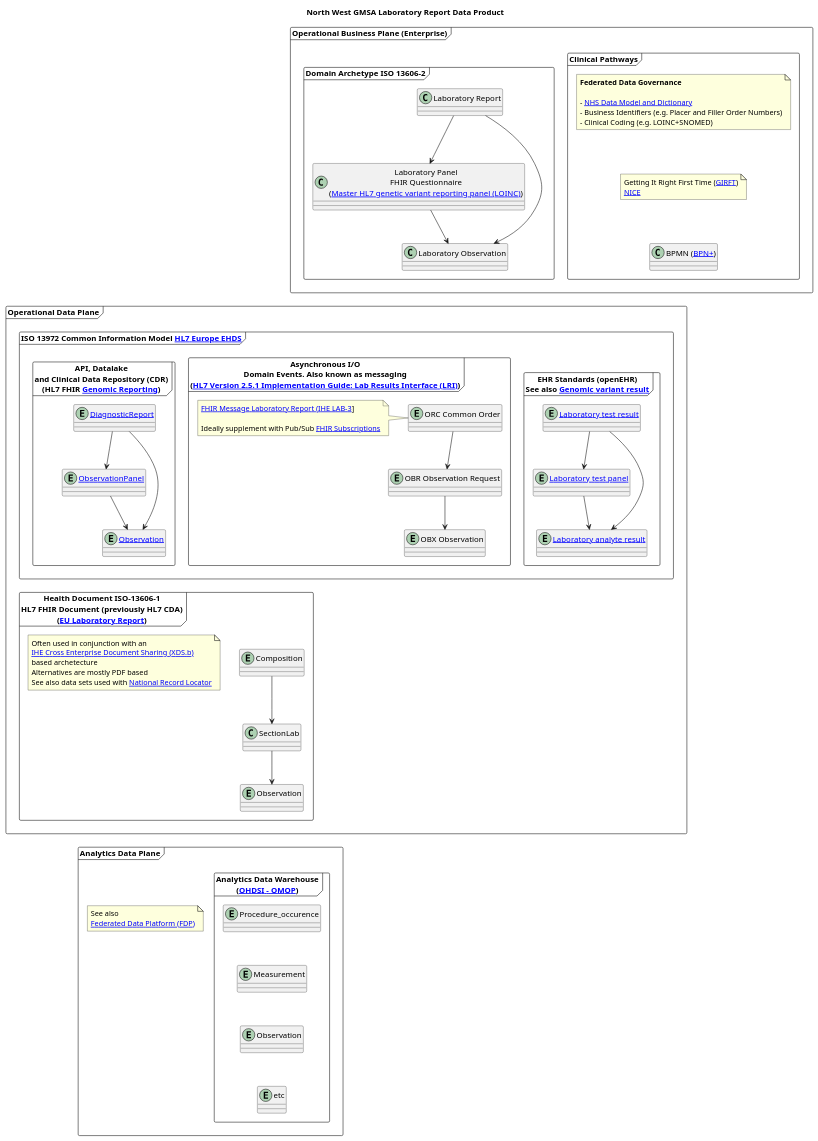
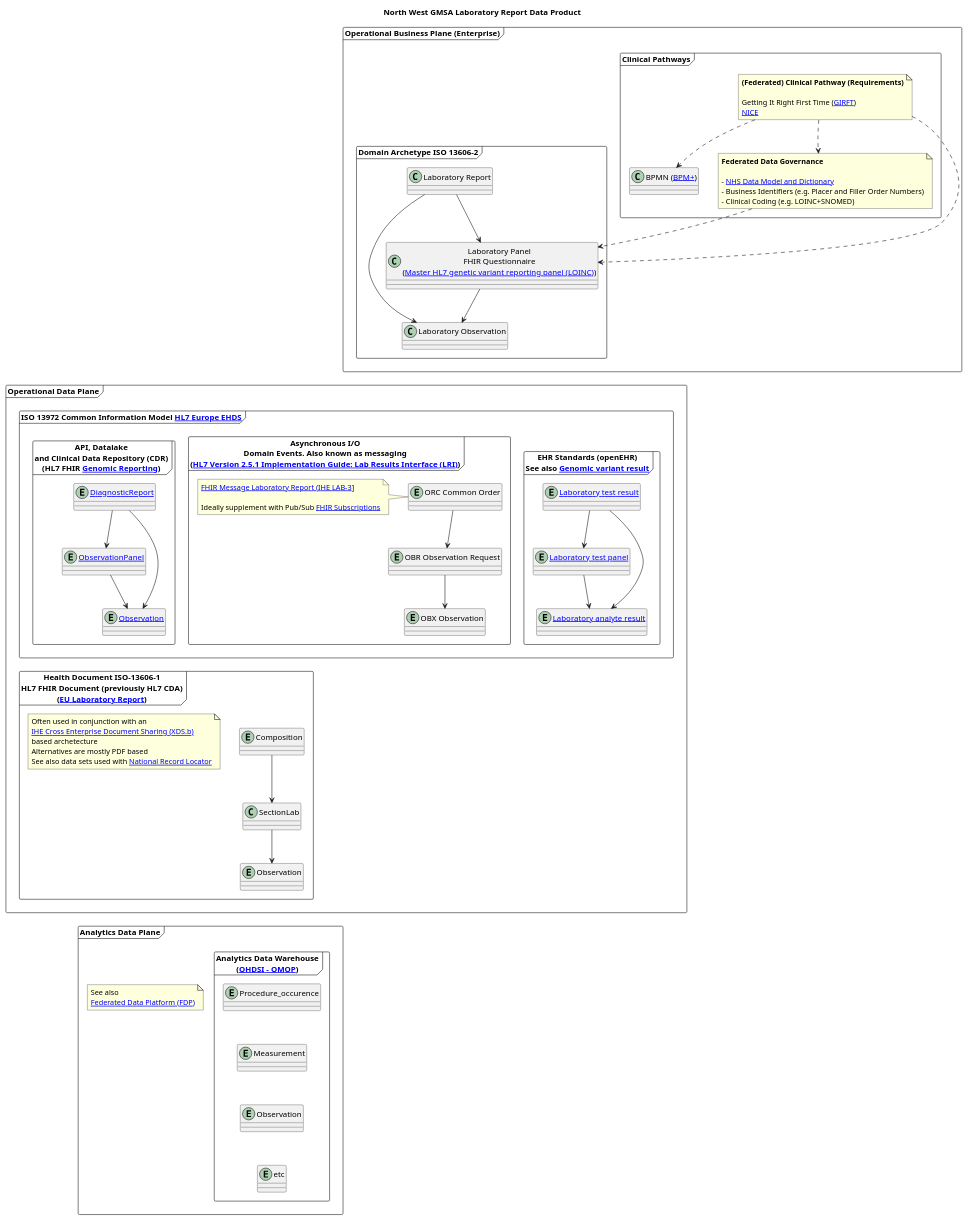
Before and after one commit to nw-gmsa/nw-gmsa.github.com: the diagram in input/images-source/LaboratoryReportDataProduct.plantuml, drawn with PlantUML.

Commit message:
LabReport Data Product

```diff
--- a/input/images-source/LaboratoryReportDataProduct.plantuml
+++ b/input/images-source/LaboratoryReportDataProduct.plantuml
@@ -1,104 +1,108 @@
 @startuml
 
 skinparam svgDimensionStyle false
 
 title "North West GMSA Laboratory Report Data Product"
 
 frame "Operational Business Plane (Enterprise)" {
 
   frame "Clinical Pathways" {
-    class "BPMN ([[https://www.bpm-plus.org/ BPN+]])" as BPMN
+    class "BPMN ([[https://www.bpm-plus.org/ BPM+]])" as BPMN
 
-    note "Getting It Right First Time ([[https://gettingitrightfirsttime.co.uk/ GIRFT]])\n[[https://www.nice.org.uk/ NICE]]" as GIRFT
+    note "**(Federated) Clinical Pathway (Requirements)**\n\nGetting It Right First Time ([[https://gettingitrightfirsttime.co.uk/ GIRFT]])\n[[https://www.nice.org.uk/ NICE]]" as GIRFT
 
     note "**Federated Data Governance**\n\n- [[https://www.datadictionary.nhs.uk/ NHS Data Model and Dictionary]]\n- Business Identifiers (e.g. Placer and Filler Order Numbers)\n- Clinical Coding (e.g. LOINC+SNOMED)" as Governance
 
-    BPMN -u[hidden]- GIRFT
+    GIRFT ..> BPMN
     Governance -d[hidden]- GIRFT
   }
   frame "Domain Archetype ISO 13606-2" as iso136062 {
 
     class "Laboratory Report" as LaboratoryReport {
     }
 
     class "Laboratory Panel\nFHIR Questionnaire\n([[https://nw-gmsa.github.io/R4/Questionnaire-81247-9.html Master HL7 genetic variant reporting panel (LOINC)]])" as LaboratoryPanel
 
     class "Laboratory Observation" as LaboratoryObservation
 
 
     LaboratoryReport --> LaboratoryPanel
     LaboratoryReport --> LaboratoryObservation
     LaboratoryPanel --> LaboratoryObservation
   }
+
+  Governance ..> LaboratoryPanel
+  GIRFT ..> LaboratoryPanel
+  GIRFT ..> Governance
 }
 frame "Operational Data Plane"  {
 frame "ISO 13972 Common Information Model [[https://hl7europe.org/standards/ehds/ HL7 Europe EHDS]]" as iso13972 {
 
   frame "EHR Standards (openEHR)\nSee also [[https://ckm.openehr.org/ckm/archetypes/1013.1.3759 Genomic variant result]]" as openEHR {
     entity "[[https://ckm.openehr.org/ckm/archetypes/1013.1.2191 Laboratory test result]]" as openEHRLaboratoryReport
     entity "[[https://ckm.openehr.org/ckm/archetypes/1013.1.2192 Laboratory test panel]]" as openEHRLaboratoryPanel
     entity "[[https://ckm.openehr.org/ckm/archetypes/1013.1.2881 Laboratory analyte result]]" as openEHRLaboratoryAnalyte
 
     openEHRLaboratoryReport --> openEHRLaboratoryPanel
     openEHRLaboratoryReport --> openEHRLaboratoryAnalyte
     openEHRLaboratoryPanel --> openEHRLaboratoryAnalyte
 
   }
 
   frame "Asynchronous I/O\nDomain Events. Also known as messaging\n([[https://confluence.hl7.org/download/attachments/25559919/2018%2004%2003%20-%20V2%20LRI%20-%20Ch.%205%20CG%20and%20Code%20System%20Tables.pdf?api=v2 HL7 Version 2.5.1 Implementation Guide: Lab Results Interface (LRI)]])" as HL7v2 {
     entity "ORC Common Order" as ORC
     entity "OBR Observation Request" as OBR
     entity "OBX Observation" as OBX
     note "[[LAB-3.html FHIR Message Laboratory Report (IHE LAB-3]]]\n\nIdeally supplement with Pub/Sub [[https://build.fhir.org/ig/HL7/fhir-subscription-backport-ig/index.html FHIR Subscriptions]]" as messaging
 
     messaging -r[hidden]- ORC
     ORC --> OBR
     OBR --> OBX
 
   }
 
   frame "API, Datalake\nand Clinical Data Repository (CDR)\n(HL7 FHIR [[https://build.fhir.org/ig/HL7/genomics-reporting/index.html Genomic Reporting]])" as FHR {
     entity "[[DiagnosticReport]]" as DiagnosticReport
     entity "[[StructureDefinition-Observation-Panel.html ObservationPanel]]" as ObservationPanel
     entity "[[Observation]]" as Observation
 
     DiagnosticReport --> ObservationPanel
     DiagnosticReport --> Observation
     ObservationPanel --> Observation
 
   }
 
 }
 
  frame "Health Document ISO-13606-1\nHL7 FHIR Document (previously HL7 CDA)\n([[https://build.fhir.org/ig/hl7-eu/laboratory/ EU Laboratory Report]])" as iso136061 {
     entity Composition
     class SectionLab
     entity "Observation" as cdaObservation
     note "Often used in conjunction with an\n[[https://profiles.ihe.net/ITI/TF/Volume1/ch-10.html IHE Cross Enterprise Document Sharing (XDS.b)]]\nbased archetecture\nAlternatives are mostly PDF based\nSee also data sets used with [[https://digital.nhs.uk/services/national-record-locator National Record Locator]]" as XDS
 
     Composition --> SectionLab
     SectionLab --> cdaObservation
   }
 }
 
 frame "Analytics Data Plane"  {
 
 frame "Analytics Data Warehouse\n([[https://www.ohdsi.org/data-standardization/ OHDSI - OMOP]])" as Analytics {
     entity Procedure_occurence
     entity Measurement
     entity "Observation" as OMOPObservation
     entity etc
 
     Procedure_occurence -d[hidden]- Measurement
     Measurement -d[hidden]- OMOPObservation
     OMOPObservation -d[hidden]- etc
 }
  note "See also\n[[https://www.england.nhs.uk/digitaltechnology/nhs-federated-data-platform/ Federated Data Platform (FDP)]]" as FDP
 }
 
 LaboratoryObservation -d[hidden]- ORC
 Observation -d[hidden]- Composition
 cdaObservation -d[hidden]- Procedure_occurence
 
 
 @enduml
```
